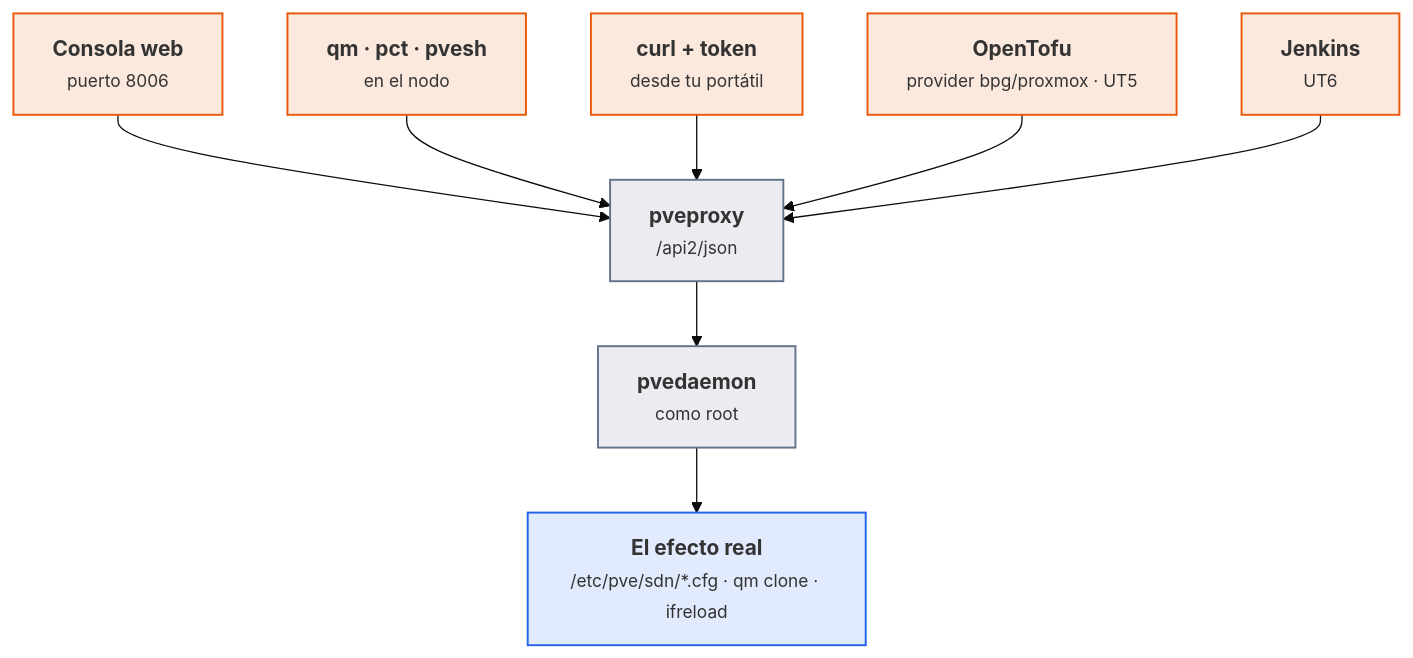
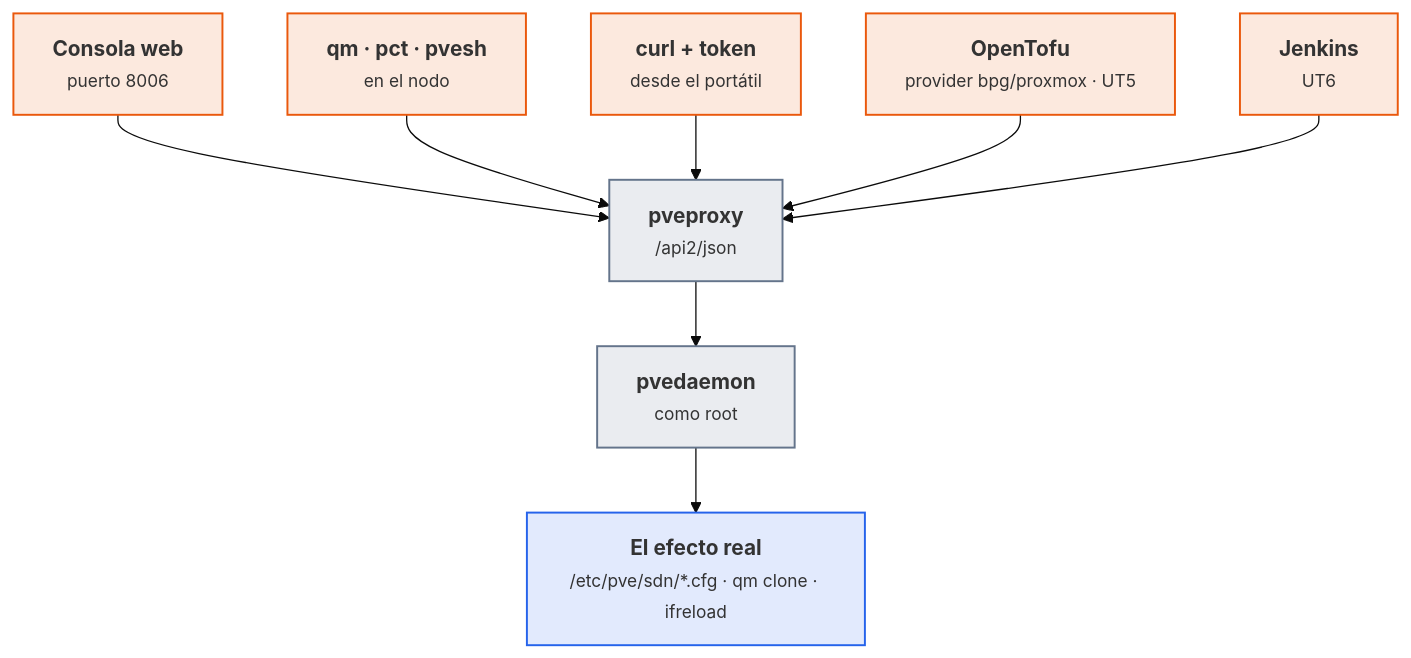
The eighth of 8 diagrams in docs/ut/ut2-vpc.md (victor-educ/apuntes-5166), drawn with Mermaid (base theme) before and after one commit. The commit also changed other lines of this file and 15 other files, not shown here.

````diff
--- a/docs/ut/ut2-vpc.md
+++ b/docs/ut/ut2-vpc.md
@@ -1088,23 +1109,23 @@
 ```mermaid
 flowchart TD
     W["<b>Consola web</b><br><small>puerto 8006</small>"]:::act
     Q["<b>qm · pct · pvesh</b><br><small>en el nodo</small>"]:::act
-    C["<b>curl + token</b><br><small>desde tu portátil</small>"]:::act
+    C["<b>curl + token</b><br><small>desde el portátil</small>"]:::act
     T["<b>OpenTofu</b><br><small>provider bpg/proxmox · UT5</small>"]:::act
     J["<b>Jenkins</b><br><small>UT6</small>"]:::act
     API["<b>pveproxy</b><br><small>/api2/json</small>"]:::pieza
     D["<b>pvedaemon</b><br><small>como root</small>"]:::pieza
     S["<b>El efecto real</b><br><small>/etc/pve/sdn/*.cfg · qm clone · ifreload</small>"]:::dato
     W --> API
     Q --> API
     C --> API
     T --> API
     J --> API
     API --> D --> S
     classDef act fill:#ea580c22,stroke:#ea580c,stroke-width:1.5px
     classDef pieza fill:#64748b22,stroke:#64748b,stroke-width:1.5px
     classDef dato fill:#2563eb22,stroke:#2563eb,stroke-width:1.5px
     classDef infra fill:#a1a1aa14,stroke:#a1a1aa,stroke-width:1.5px
     classDef ok fill:#16a34a22,stroke:#16a34a,stroke-width:1.5px
     classDef riesgo fill:#dc262622,stroke:#dc2626,stroke-width:1.5px
 ```
````
